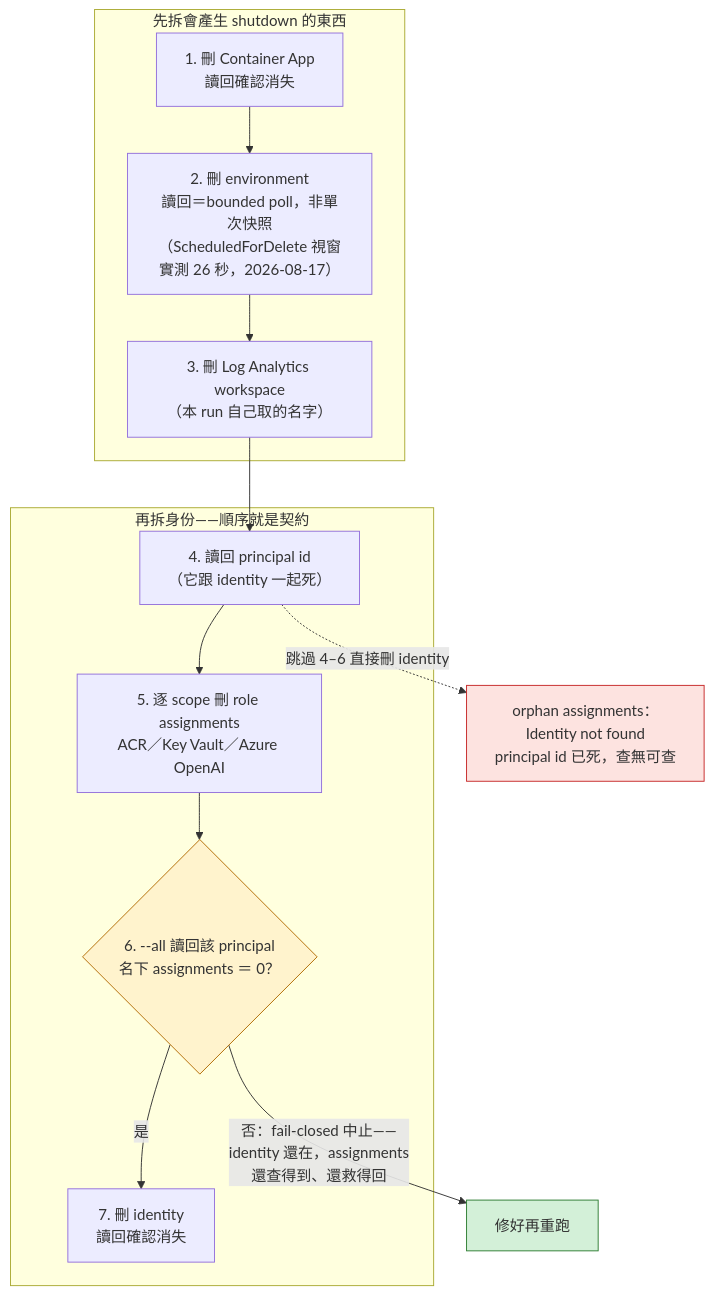
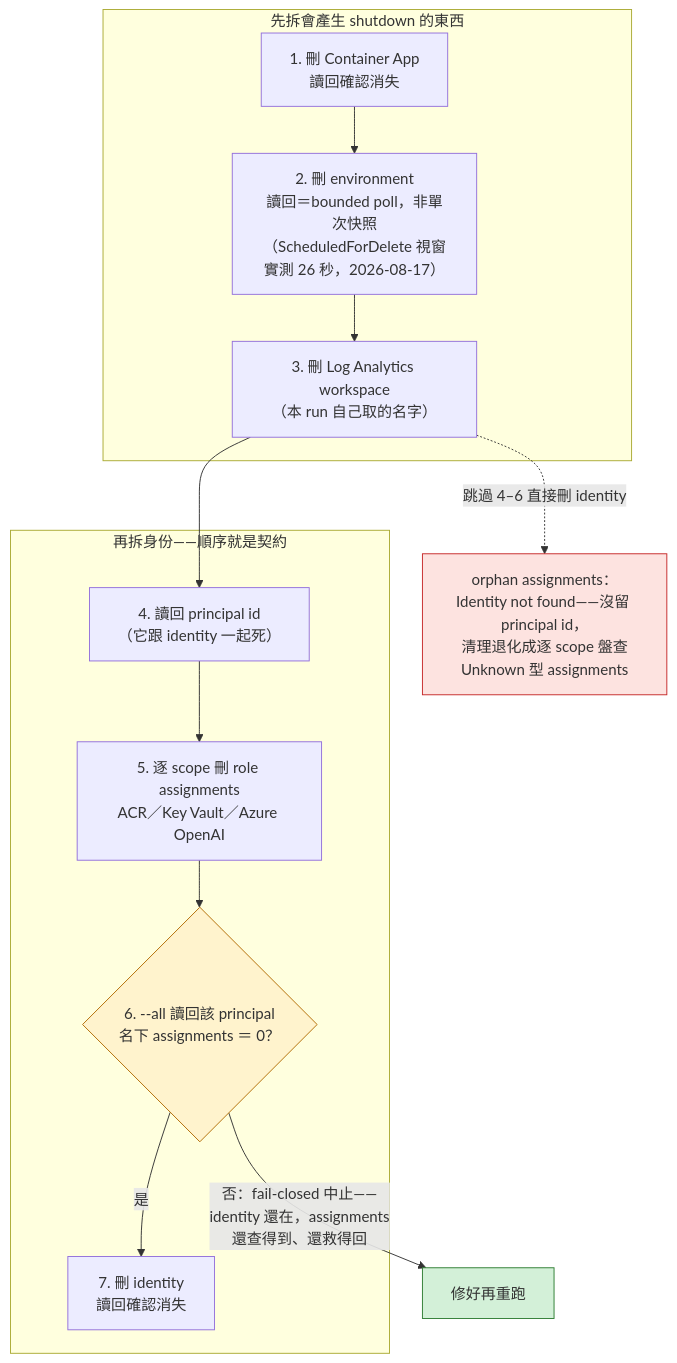
One commit to kehao-playground/azure-genai-backend-lab changed the diagram in docs/diagrams/aca-teardown-order.zh-tw.mmd. Above: the diagram before and after it, drawn with Mermaid. The commit also changed 3 other files, not shown here.

```diff
--- a/docs/diagrams/aca-teardown-order.zh-tw.mmd
+++ b/docs/diagrams/aca-teardown-order.zh-tw.mmd
@@ -1,22 +1,22 @@
 %% Publication source (zh-TW) for the Day 24 article figure.
 %% English semantic companion: aca-teardown-order.md — keep the two in the same topology.
 %% The planning repo stores only the rendered PNG snapshot (proposal 005).
 flowchart TB
     subgraph app["先拆會產生 shutdown 的東西"]
         S1["1. 刪 Container App<br/>讀回確認消失"]
         S2["2. 刪 environment<br/>讀回＝bounded poll，非單次快照<br/>（ScheduledForDelete 視窗實測 26 秒，2026-08-17）"]
         S3["3. 刪 Log Analytics workspace<br/>（本 run 自己取的名字）"]
     end
     subgraph mi["再拆身份——順序就是契約"]
         S4["4. 讀回 principal id<br/>（它跟 identity 一起死）"]
         S5["5. 逐 scope 刪 role assignments<br/>ACR／Key Vault／Azure OpenAI"]
         S6{"6. --all 讀回該 principal<br/>名下 assignments ＝ 0？"}
         S7["7. 刪 identity<br/>讀回確認消失"]
     end
     S1 --> S2 --> S3 --> S4 --> S5 --> S6
     S6 -->|"是"| S7
     S6 -->|"否：fail-closed 中止——<br/>identity 還在，assignments<br/>還查得到、還救得回"| STOP["修好再重跑"]
-    S4 -.->|"跳過 4–6 直接刪 identity"| ORPHAN["orphan assignments：<br/>Identity not found<br/>principal id 已死，查無可查"]
+    S3 -.->|"跳過 4–6 直接刪 identity"| ORPHAN["orphan assignments：<br/>Identity not found——沒留 principal id，<br/>清理退化成逐 scope 盤查<br/>Unknown 型 assignments"]
     style S6 fill:#fff3cd,stroke:#b26a00
     style STOP fill:#d3f0d8,stroke:#2e7d32
     style ORPHAN fill:#fde3e0,stroke:#c62828
```
